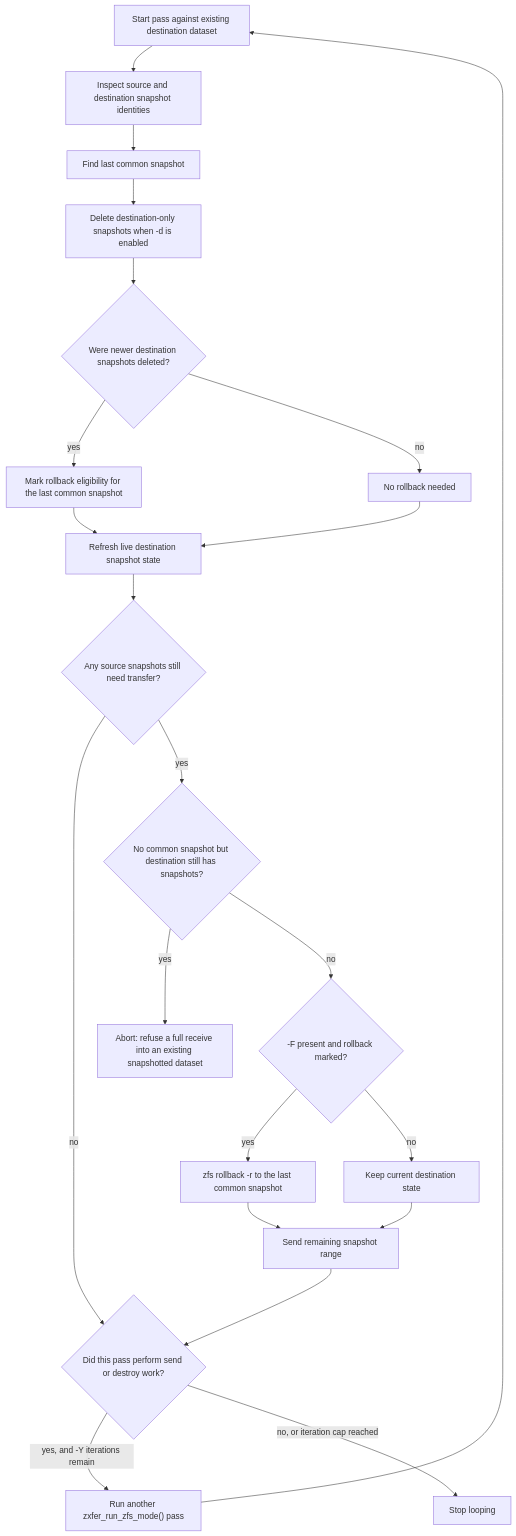
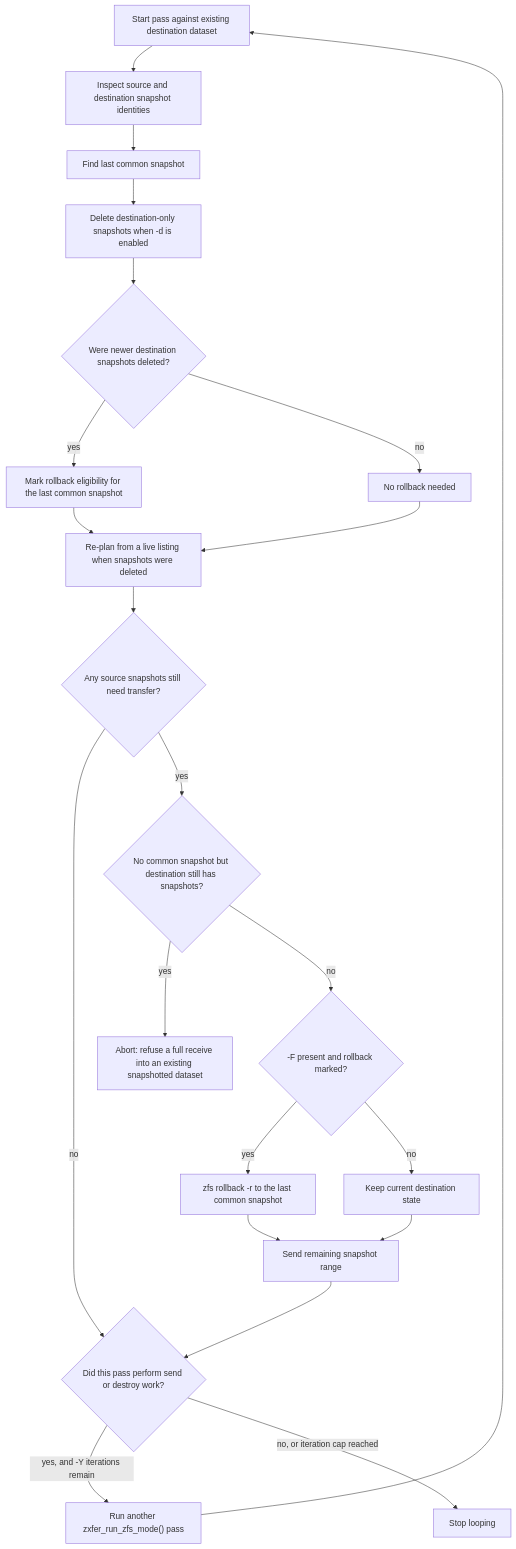
The seventh of 8 diagrams in docs/architecture.md (totalAldo/zxfer), drawn with Mermaid before and after one commit. The commit also changed other lines of this file and 21 other files, not shown here.

First line of the commit message:
Snapshot planning: per-dataset slices, no batched re-listing

````diff
--- a/docs/architecture.md
+++ b/docs/architecture.md
@@ -707,24 +722,24 @@
 ```mermaid
 flowchart TD
     A["Start pass against existing destination dataset"] --> B["Inspect source and destination snapshot identities"]
     B --> C["Find last common snapshot"]
     C --> D["Delete destination-only snapshots when -d is enabled"]
     D --> E{"Were newer destination snapshots deleted?"}
     E -->|yes| F["Mark rollback eligibility for the last common snapshot"]
     E -->|no| G["No rollback needed"]
-    F --> H["Refresh live destination snapshot state"]
+    F --> H["Re-plan from a live listing when snapshots were deleted"]
     G --> H
     H --> I{"Any source snapshots still need transfer?"}
     I -->|no| O{"Did this pass perform send or destroy work?"}
     I -->|yes| J{"No common snapshot but destination still has snapshots?"}
     J -->|yes| K["Abort: refuse a full receive into an existing snapshotted dataset"]
     J -->|no| L{"-F present and rollback marked?"}
     L -->|yes| M["zfs rollback -r to the last common snapshot"]
     L -->|no| N["Keep current destination state"]
     M --> P["Send remaining snapshot range"]
     N --> P
     P --> O
     O -->|yes, and -Y iterations remain| Q["Run another zxfer_run_zfs_mode() pass"]
     Q --> A
     O -->|no, or iteration cap reached| R["Stop looping"]
 ```
````
